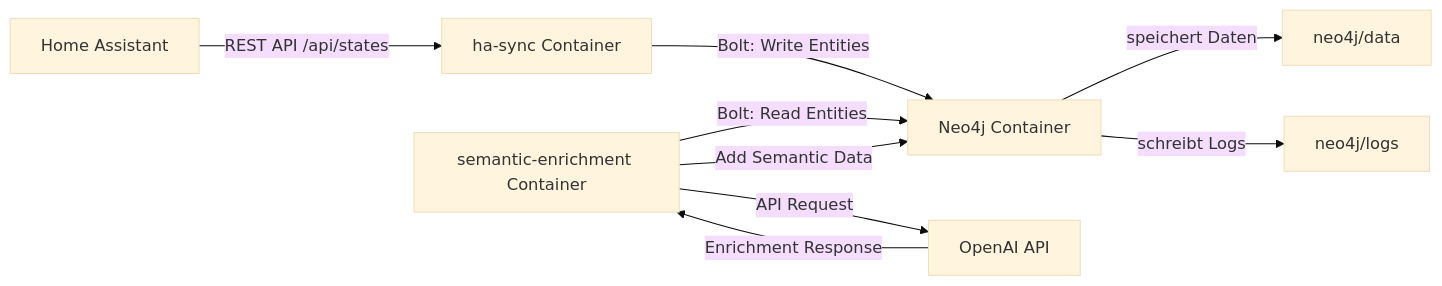
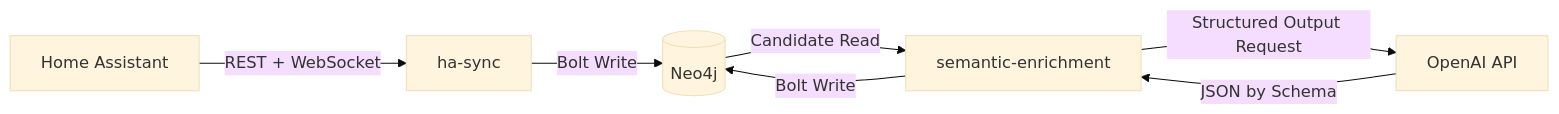
One commit to joku-dev/ha-CPsWMS changed the diagram in docs/ARCHITECTURE.md. Above: the diagram before and after it, drawn with Mermaid (base theme). The commit also changed other lines of this file and 20 other files, not shown here.

````diff
--- a/docs/ARCHITECTURE.md
+++ b/docs/ARCHITECTURE.md
@@ -27,19 +21,15 @@
 ```mermaid
 flowchart LR
   HA[Home Assistant]
-  Sync[ha-sync Container]
-  Enrich[semantic-enrichment Container]
-  Neo4j[Neo4j Container]
-  OpenAI["OpenAI API"]
-  Data[neo4j/data]
-  Logs[neo4j/logs]
+  Sync[ha-sync]
+  Neo4j[(Neo4j)]
+  Enrich[semantic-enrichment]
+  OpenAI[OpenAI API]
 
-  HA -->|REST API /api/states| Sync
-  Sync -->|Bolt: Write Entities| Neo4j
-  Enrich -->|Bolt: Read Entities| Neo4j
-  Enrich -->|Add Semantic Data| Neo4j
-  Enrich -->|API Request| OpenAI
-  OpenAI -->|Enrichment Response| Enrich
-  Neo4j -->|speichert Daten| Data
-  Neo4j -->|schreibt Logs| Logs
+  HA -->|REST + WebSocket| Sync
+  Sync -->|Bolt Write| Neo4j
+  Neo4j -->|Candidate Read| Enrich
+  Enrich -->|Structured Output Request| OpenAI
+  OpenAI -->|JSON by Schema| Enrich
+  Enrich -->|Bolt Write| Neo4j
 ```
````
